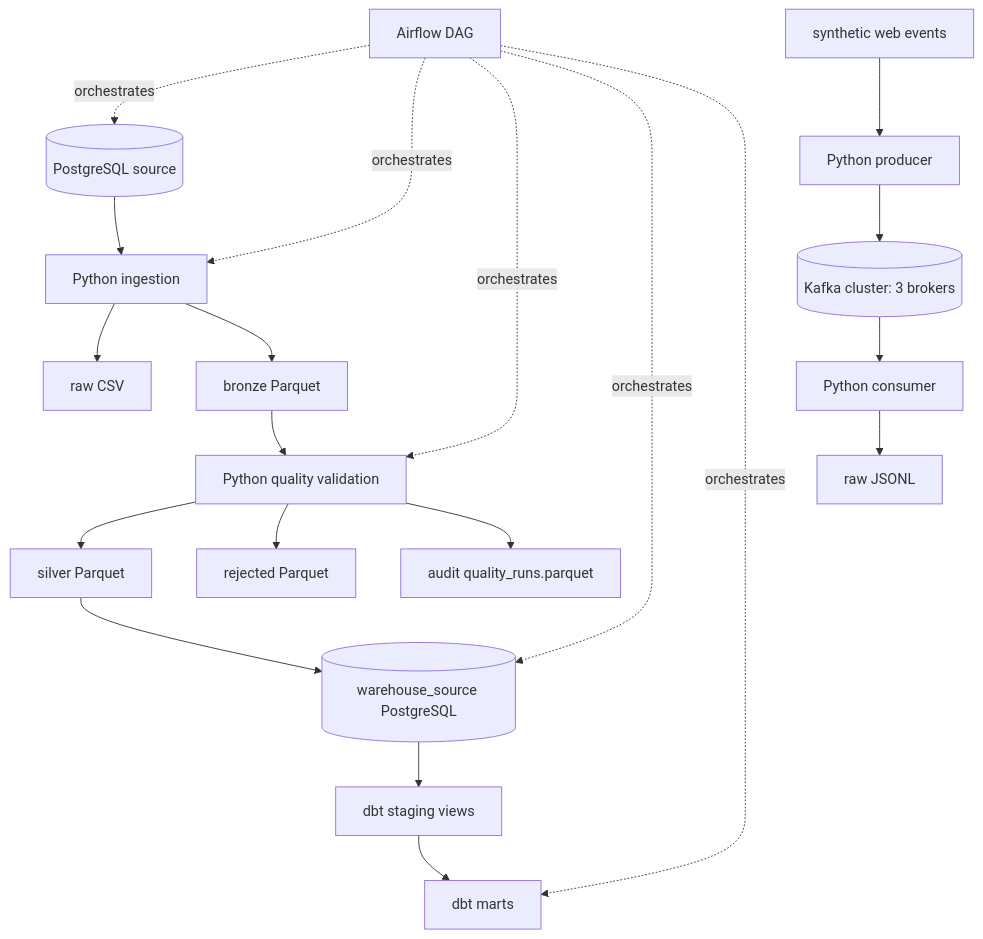
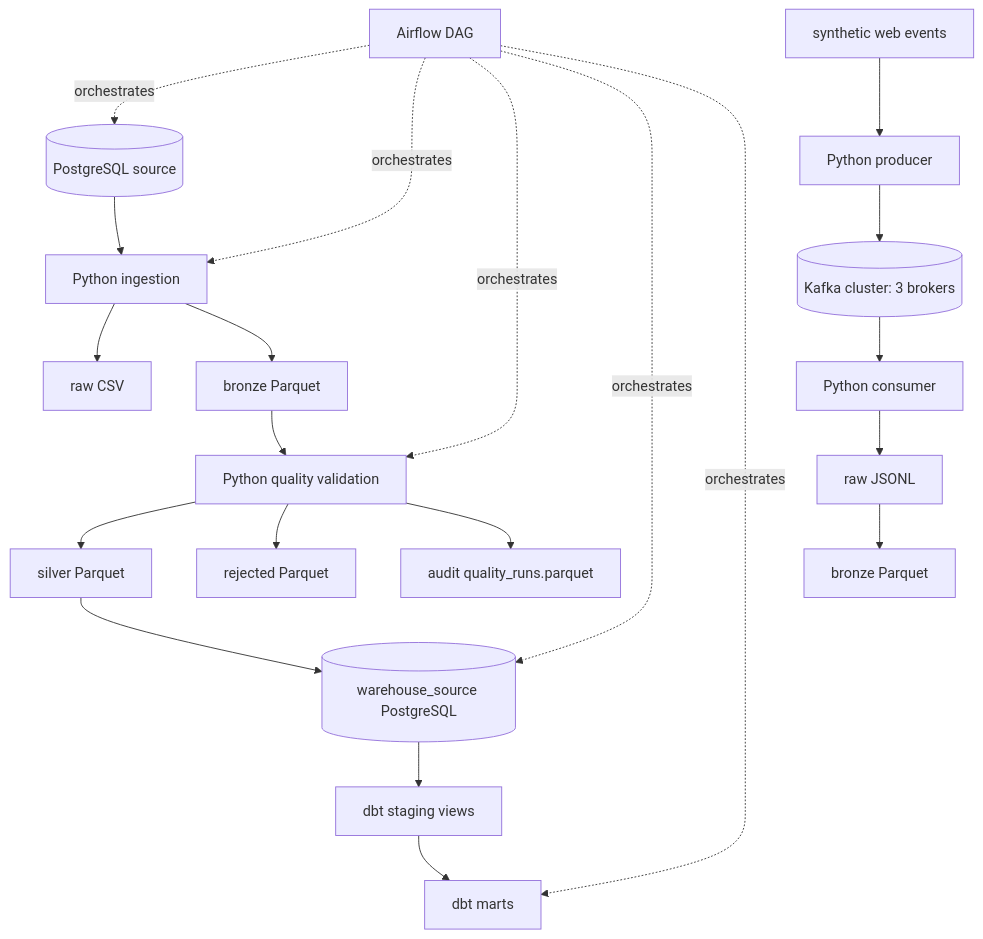
Before and after one commit to davidhidsan-dev/retailpulse-data-platform: the first of 2 diagrams in docs/architecture.md, drawn with Mermaid. The commit also changed other lines of this file and 8 other files, not shown here.

Commit message:
feat: add Kafka raw-to-bronze conversion

````diff
--- a/docs/architecture.md
+++ b/docs/architecture.md
@@ -11,40 +11,42 @@
 ```mermaid
 flowchart TD
     source[(PostgreSQL source)]
     ingestion[Python ingestion]
     raw[raw CSV]
     bronze[bronze Parquet]
     quality[Python quality validation]
     silver[silver Parquet]
     rejected[rejected Parquet]
     audit[audit quality_runs.parquet]
     warehouse[(warehouse_source PostgreSQL)]
     staging[dbt staging views]
     marts[dbt marts]
     airflow[Airflow DAG]
     web_events[synthetic web events]
     producer[Python producer]
     kafka[(Kafka cluster: 3 brokers)]
     consumer[Python consumer]
     event_raw[raw JSONL]
+    event_bronze[bronze Parquet]
 
     source --> ingestion
     ingestion --> raw
     ingestion --> bronze
     bronze --> quality
     quality --> silver
     quality --> rejected
     quality --> audit
     silver --> warehouse
     warehouse --> staging
     staging --> marts
     airflow -. orchestrates .-> source
     airflow -. orchestrates .-> ingestion
     airflow -. orchestrates .-> quality
     airflow -. orchestrates .-> warehouse
     airflow -. orchestrates .-> marts
     web_events --> producer
     producer --> kafka
     kafka --> consumer
     consumer --> event_raw
+    event_raw --> event_bronze
 ```
````
